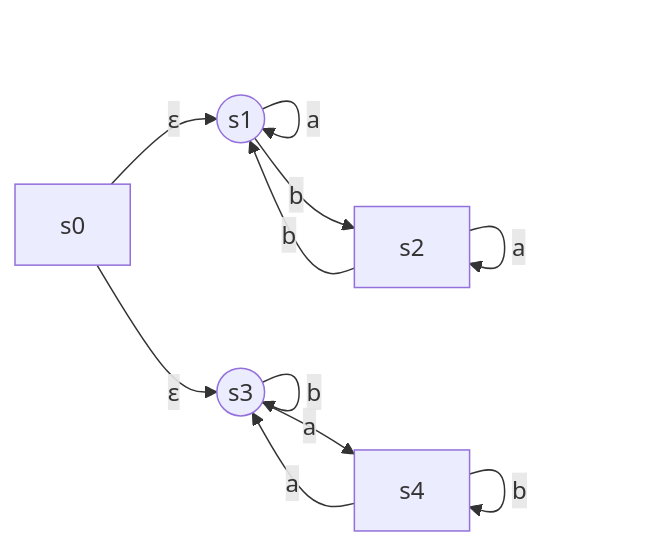
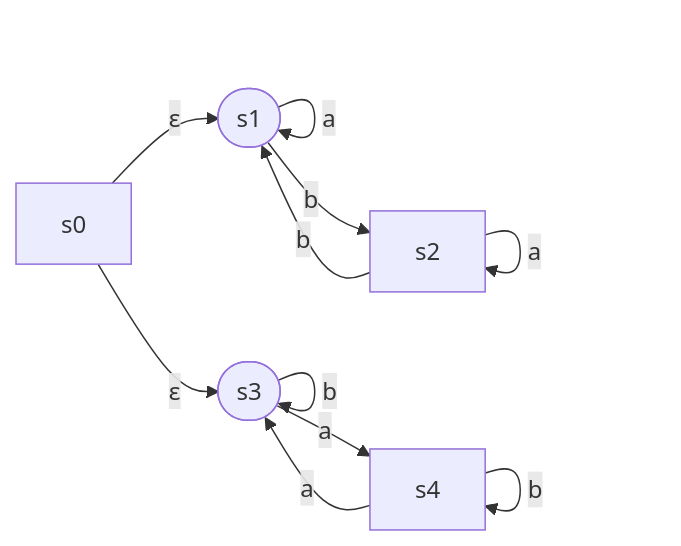
One commit to wu-kan/wu-kan.github.io changed the first of 5 diagrams in _posts/2020-04-28-编译原理（二）.md. Above: the diagram before and after it, drawn with Mermaid. The commit also changed other lines of this file and 21 other files, not shown here.

````diff
--- a/_posts/2020-04-28-编译原理（二）.md
+++ b/_posts/2020-04-28-编译原理（二）.md
@@ -10,15 +10,15 @@
 ```mermaid
-graph LR
-s0--ε-->s1
+flowchart LR
+s0--"#epsilon;"-->s1
 s1--a-->s1
 s1--b-->s2
 s2--a-->s2
 s2--b-->s1
-s0--ε-->s3
+s0--"#epsilon;"-->s3
 s3--b-->s3
 s3--a-->s4
 s4--b-->s4
 s4--a-->s3
-s1((s1))
-s3((s3))
+s1([s1])
+s3([s3])
 ```
````
